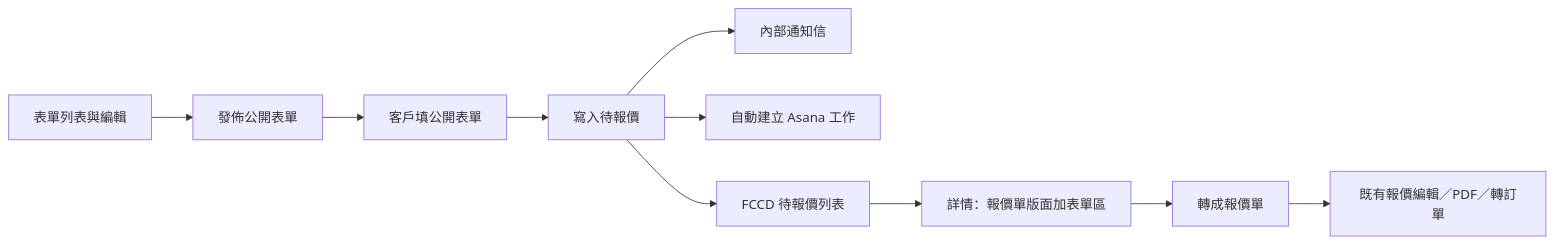
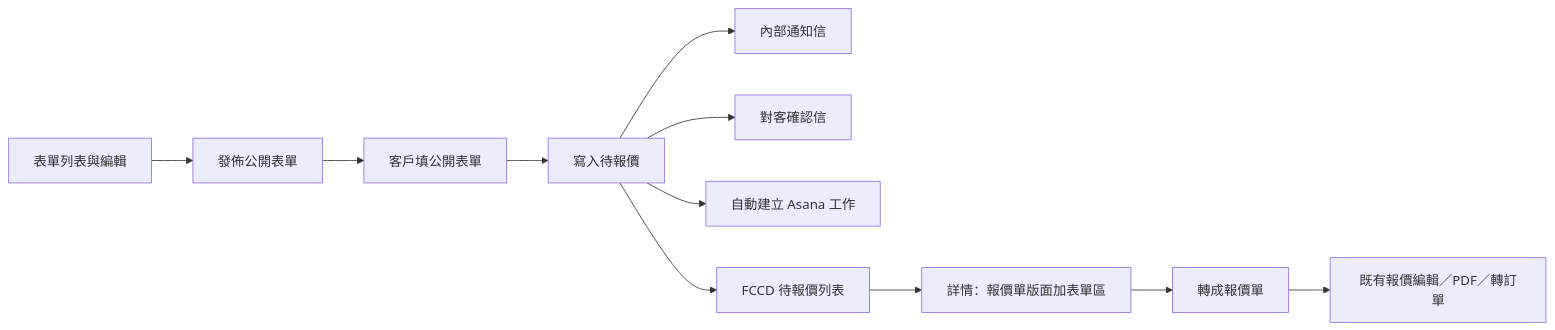
One commit to benjaken/fccd changed the diagram in docs/EMAIL_FORM_INQUIRY_PRD.md. Above: the diagram before and after it, drawn with Mermaid. The commit also changed other lines of this file, not shown here.

````diff
--- a/docs/EMAIL_FORM_INQUIRY_PRD.md
+++ b/docs/EMAIL_FORM_INQUIRY_PRD.md
@@ -17,12 +17,13 @@
 ```mermaid
 flowchart LR
   builder[表單列表與編輯] --> publish[發佈公開表單]
   publish --> customer[客戶填公開表單]
   customer --> save[寫入待報價]
   save --> mail[內部通知信]
+  save --> ack[對客確認信]
   save --> asana[自動建立 Asana 工作]
   save --> list[FCCD 待報價列表]
   list --> detail[詳情：報價單版面加表單區]
   detail --> convert[轉成報價單]
   convert --> quote[既有報價編輯／PDF／轉訂單]
 ```
````
